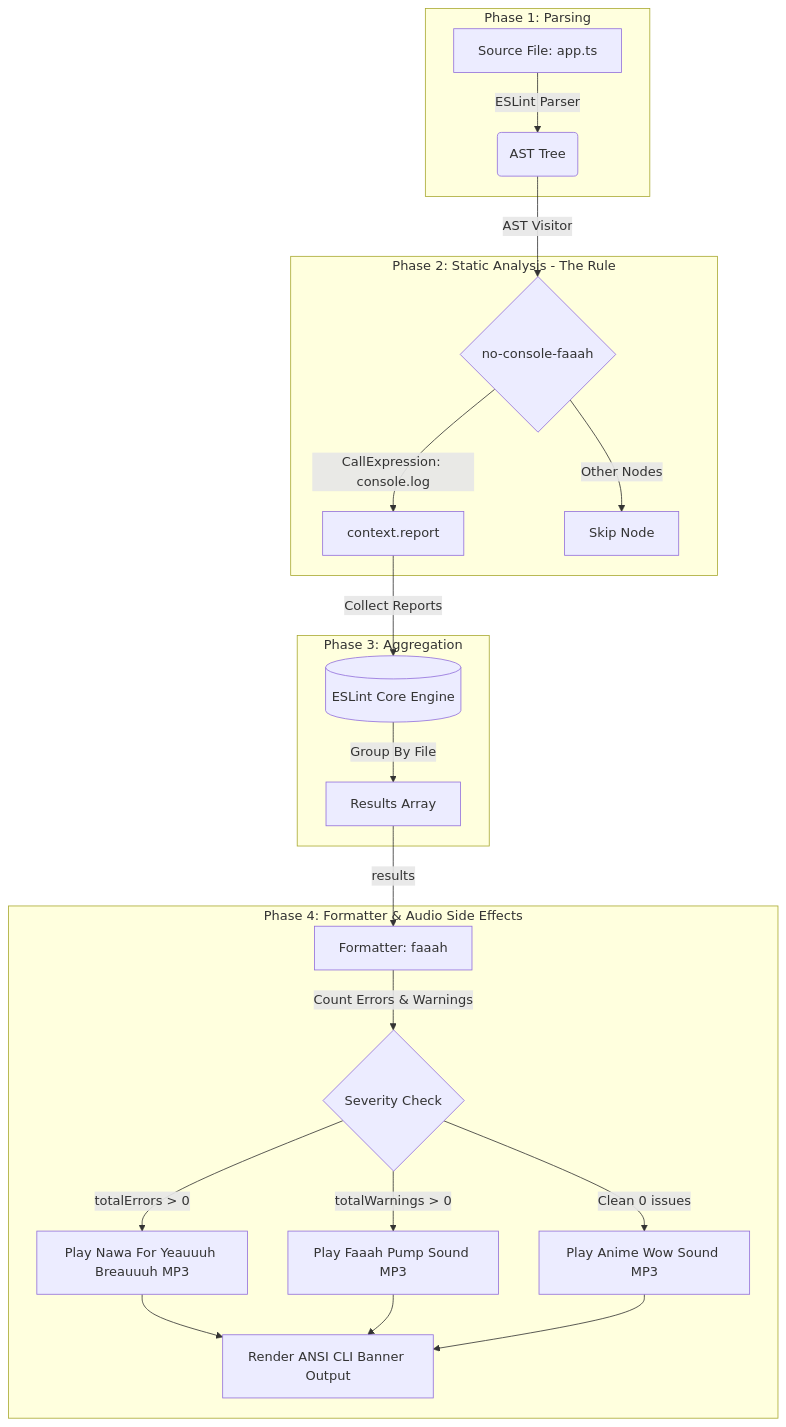
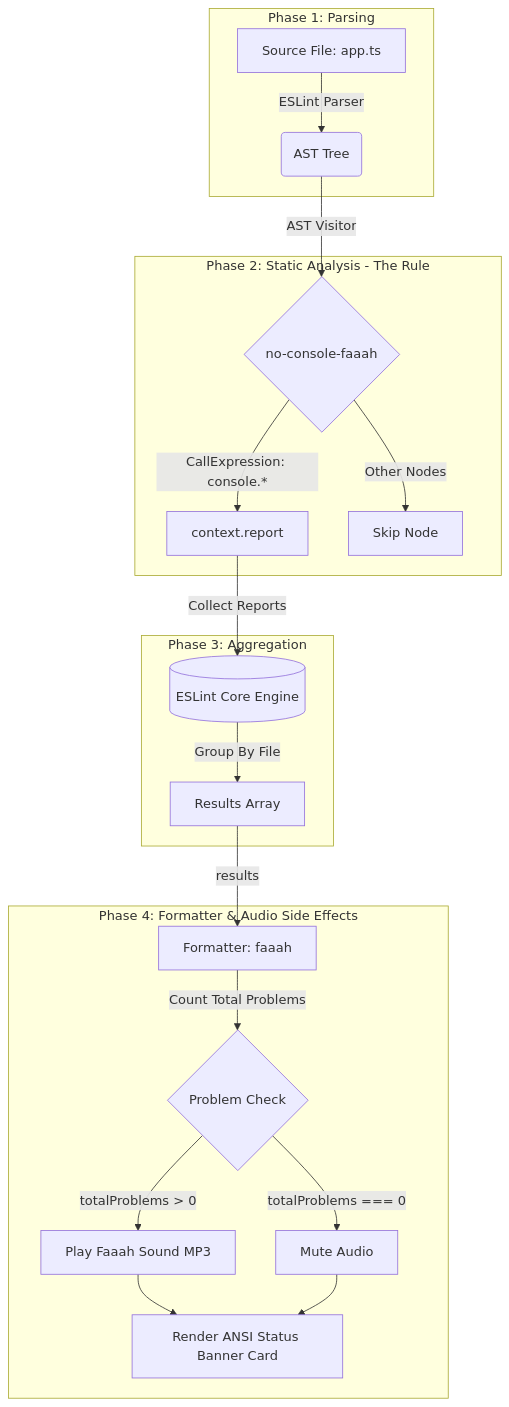
The diagram in README.md (ezihegodswill/eslint-formatter-faaah), drawn with Mermaid before and after one commit. The commit also changed other lines of this file, not shown here.

Commit message:
docs: update README with flat config, rule options, auto-fix, and CLI usage

````diff
--- a/README.md
+++ b/README.md
@@ -97,28 +130,26 @@
 ```mermaid
 graph TD
     subgraph Phase 1: Parsing
         A[Source File: app.ts] -->|ESLint Parser| B(AST Tree)
     end
 
     subgraph Phase 2: Static Analysis - The Rule
         B -->|AST Visitor| C{no-console-faaah}
-        C -->|CallExpression: console.log| D[context.report]
+        C -->|CallExpression: console.*| D[context.report]
         C -->|Other Nodes| E[Skip Node]
     end
 
     subgraph Phase 3: Aggregation
         D -->|Collect Reports| F[(ESLint Core Engine)]
         F -->|Group By File| G[Results Array]
     end
 
     subgraph Phase 4: Formatter & Audio Side Effects
         G -->|results| H[Formatter: faaah]
-        H -->|Count Errors & Warnings| I{Severity Check}
-        I -->|totalErrors > 0| J[Play Nawa For Yeauuuh Breauuuh MP3]
-        I -->|totalWarnings > 0| K[Play Faaah Pump Sound MP3]
-        I -->|Clean 0 issues| L[Play Anime Wow Sound MP3]
-        J --> M[Render ANSI CLI Banner Output]
-        K --> M
-        L --> M
+        H -->|Count Total Problems| I{Problem Check}
+        I -->|totalProblems > 0| J[Play Faaah Sound MP3]
+        I -->|totalProblems === 0| K[Mute Audio]
+        J --> L[Render ANSI Status Banner Card]
+        K --> L
     end
 ```
````
